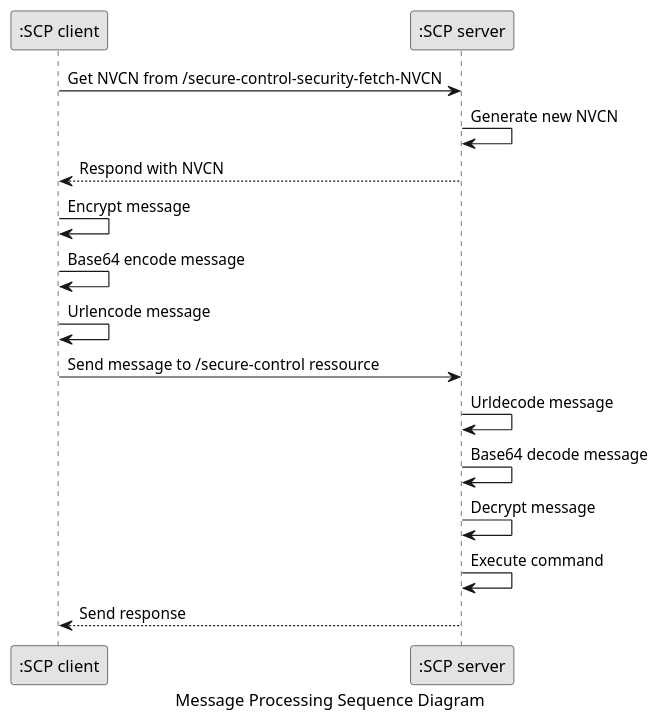
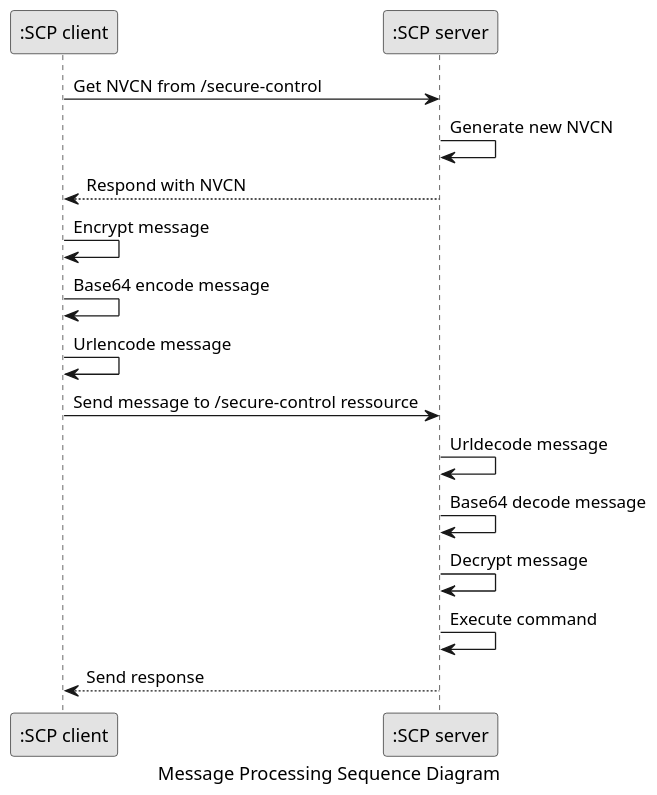
The fourth of 5 diagrams in README.md (houseos/SCP), drawn with PlantUML before and after one commit. The commit also changed other lines of this file and 9 other files, not shown here.

````diff
--- a/README.md
+++ b/README.md
@@ -348,36 +367,36 @@
 ``` puml
 
 caption Message Processing Sequence Diagram
 
 skinparam monochrome true
 
 scale 650 width
 
 participant ":SCP client" as client
 participant ":SCP server" as server
 
-client -> server : Get NVCN from /secure-control-security-fetch-NVCN
+client -> server : Get NVCN from /secure-control
 
 server -> server : Generate new NVCN
 
 server --> client : Respond with NVCN
 
 client -> client : Encrypt message
 
 client -> client : Base64 encode message
 
 client -> client : Urlencode message
 
 client -> server : Send message to /secure-control ressource
 
 server -> server : Urldecode message
 
 server -> server : Base64 decode message
 
 server -> server : Decrypt message
 
 server -> server : Execute command
 
 server --> client : Send response
 
 ```
````
